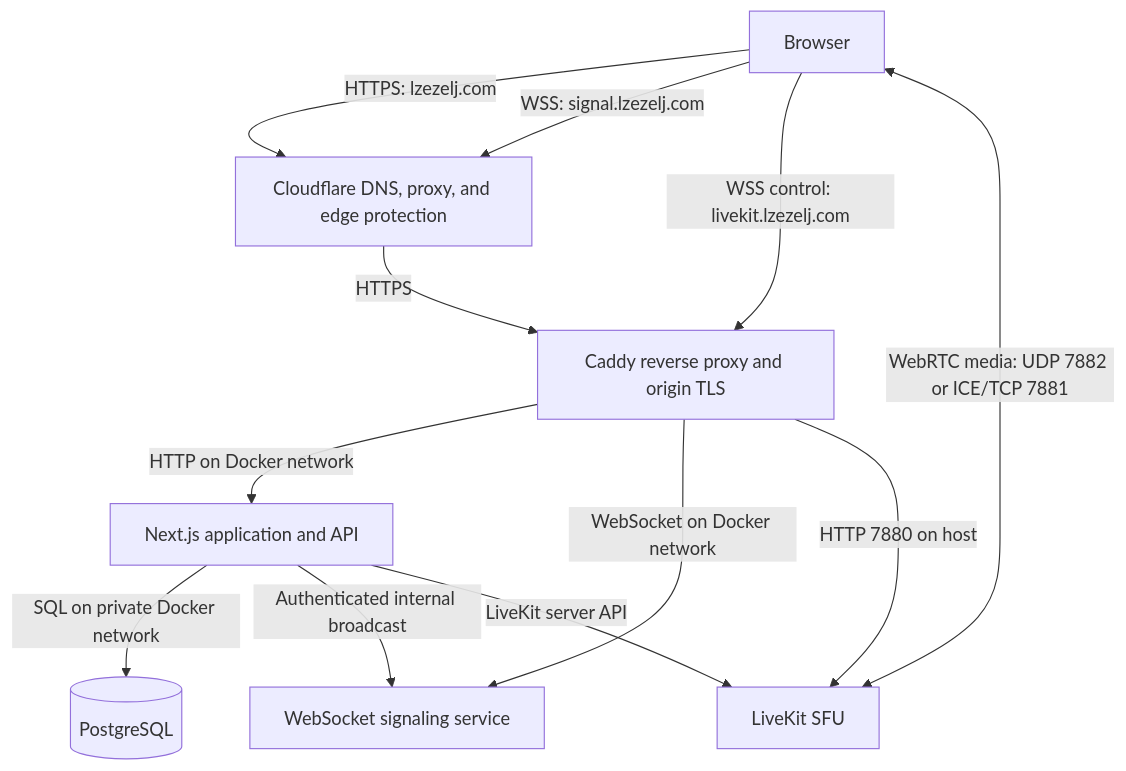
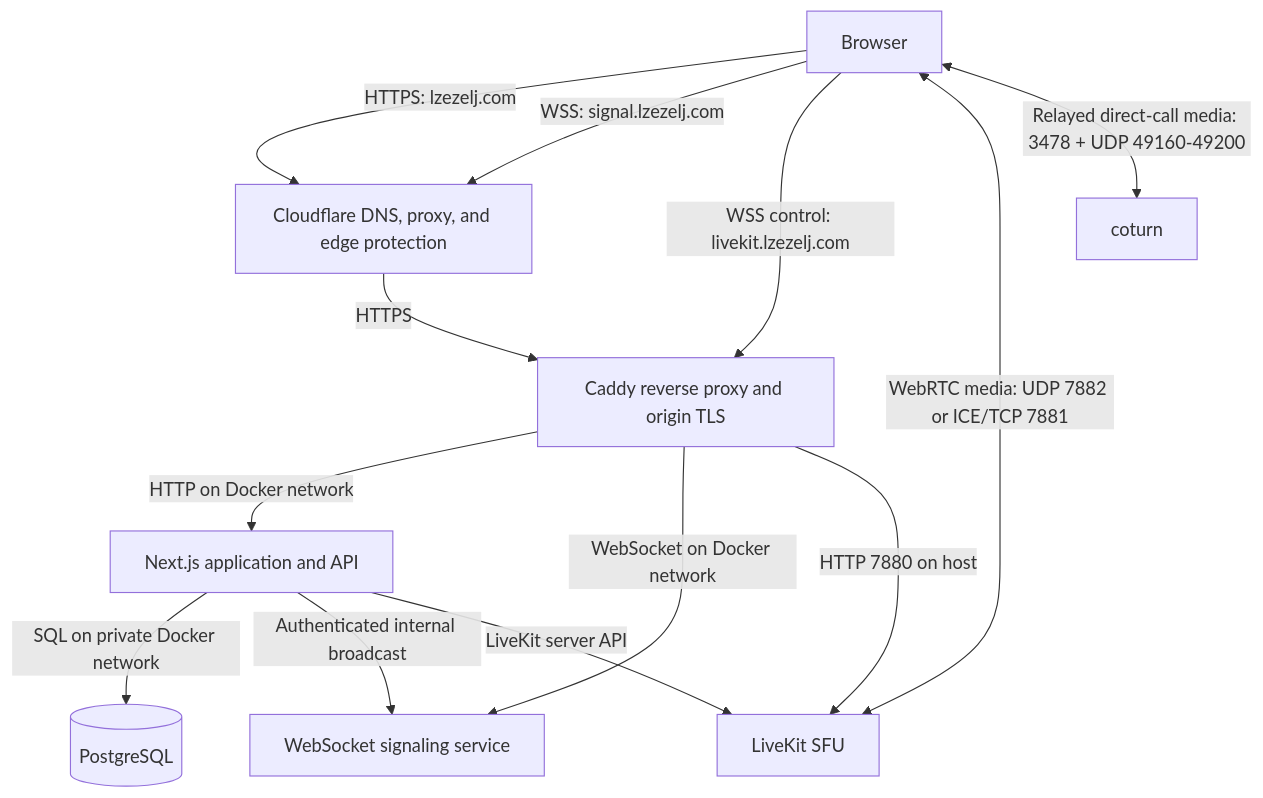
The first of 4 diagrams in ARCHITECTURE.md (lzezelj/lc), drawn with Mermaid before and after one commit. The commit also changed other lines of this file and 4 other files, not shown here.

Commit message:
Added TURN and live call diagnostics

````diff
--- a/ARCHITECTURE.md
+++ b/ARCHITECTURE.md
@@ -27,24 +27,25 @@
 ```mermaid
 flowchart TB
   browser[Browser]
   cloudflare[Cloudflare DNS, proxy, and edge protection]
   caddy[Caddy reverse proxy and origin TLS]
   app[Next.js application and API]
   signal[WebSocket signaling service]
   postgres[(PostgreSQL)]
   livekit[LiveKit SFU]
 
   browser -->|HTTPS: lzezelj.com| cloudflare
   browser -->|WSS: signal.lzezelj.com| cloudflare
   cloudflare -->|HTTPS| caddy
   caddy -->|HTTP on Docker network| app
   caddy -->|WebSocket on Docker network| signal
 
   browser -->|WSS control: livekit.lzezelj.com| caddy
   browser <-->|WebRTC media: UDP 7882 or ICE/TCP 7881| livekit
+  browser <-->|Relayed direct-call media: 3478 + UDP 49160-49200| turn[coturn]
   caddy -->|HTTP 7880 on host| livekit
 
   app -->|SQL on private Docker network| postgres
   app -->|Authenticated internal broadcast| signal
   app -->|LiveKit server API| livekit
 ```
````
